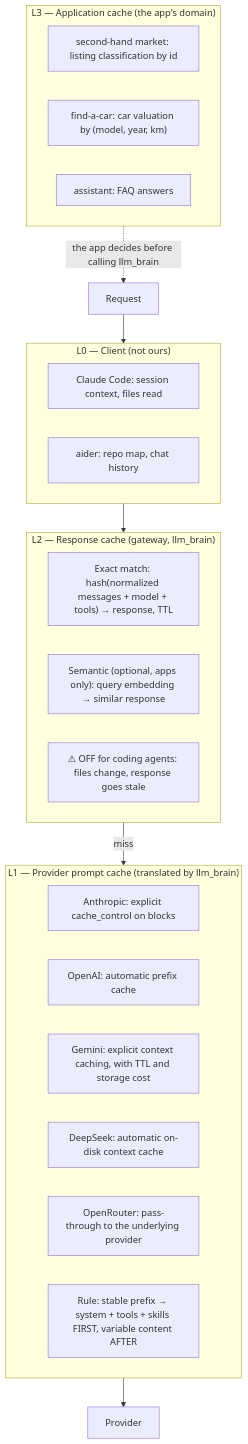
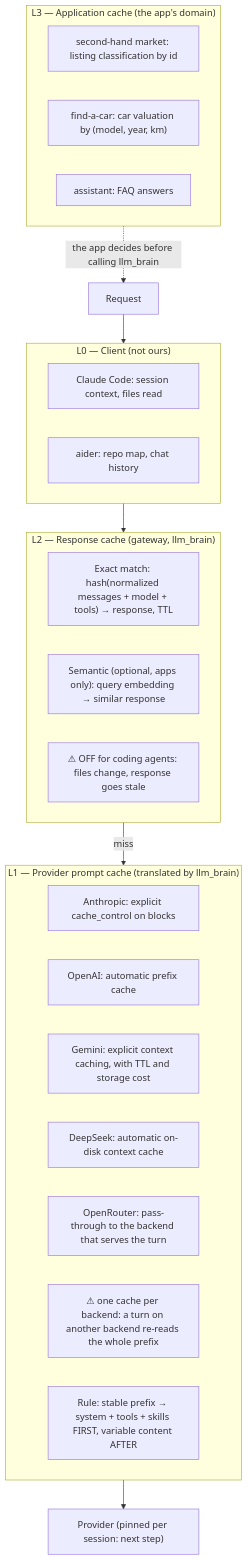
The diagram in diagrams/03-cache-layers.mmd (pjcau/llm_brain), drawn with Mermaid before and after one commit. The commit also changed 12 other files, not shown here.

```diff
--- a/diagrams/03-cache-layers.mmd
+++ b/diagrams/03-cache-layers.mmd
@@ -1,30 +1,31 @@
 flowchart TB
     subgraph L0["L0 — Client (not ours)"]
         L0a["Claude Code: session context, files read"]
         L0b["aider: repo map, chat history"]
     end
 
     subgraph L2["L2 — Response cache (gateway, llm_brain)"]
         L2a["Exact match: hash(normalized messages + model + tools) → response, TTL"]
         L2b["Semantic (optional, apps only): query embedding → similar response"]
         L2n["⚠ OFF for coding agents: files change, response goes stale"]
     end
 
     subgraph L1["L1 — Provider prompt cache (translated by llm_brain)"]
         L1a["Anthropic: explicit cache_control on blocks"]
         L1b["OpenAI: automatic prefix cache"]
         L1c["Gemini: explicit context caching, with TTL and storage cost"]
         L1d["DeepSeek: automatic on-disk context cache"]
-        L1e["OpenRouter: pass-through to the underlying provider"]
+        L1e["OpenRouter: pass-through to the backend that serves the turn"]
+        L1f["⚠ one cache per backend: a turn on another backend re-reads the whole prefix"]
         L1n["Rule: stable prefix → system + tools + skills FIRST, variable content AFTER"]
     end
 
     subgraph L3["L3 — Application cache (the app's domain)"]
         L3a["second-hand market: listing classification by id"]
         L3b["find-a-car: car valuation by (model, year, km)"]
         L3c["assistant: FAQ answers"]
     end
 
     REQ["Request"] --> L0 --> L2
-    L2 -- miss --> L1 --> PROV["Provider"]
+    L2 -- miss --> L1 --> PROV["Provider (pinned per session: next step)"]
     L3 -. "the app decides before calling llm_brain" .-> REQ
```
